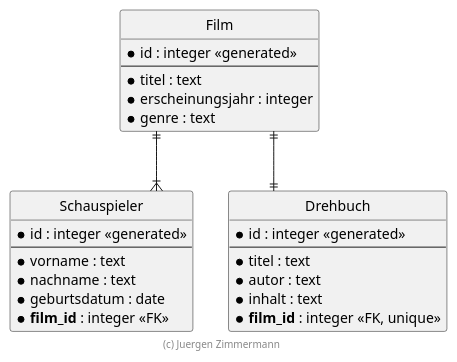
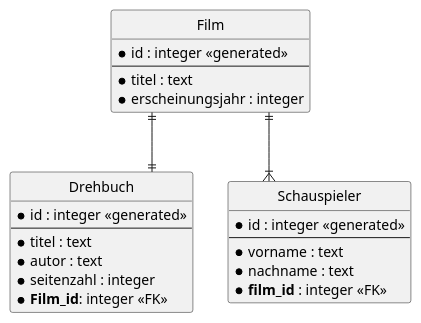
One commit to moritzbsnr/swe-gruppenarbeit changed the diagram in docs/diagramme/src/er-diagramm.plantuml. Above: the diagram before and after it, drawn with PlantUML. The commit also changed 4 other files, not shown here.

First line of the commit message:
UML und pyproject.toml

```diff
--- a/docs/diagramme/src/er-diagramm.plantuml
+++ b/docs/diagramme/src/er-diagramm.plantuml
@@ -18,37 +18,33 @@
 @startuml ER Diagramm
 
 hide circle
 skinparam linetype ortho
 
 entity "Film" {
   * id : integer <<generated>>
   --
   * titel : text
   * erscheinungsjahr : integer
-  * genre : text
+}
+
+entity "Drehbuch" {
+  * id : integer <<generated>>
+  --
+  * titel : text
+  * autor : text
+  * seitenzahl : integer
+  * **Film_id**: integer <<FK>>
 }
 
 entity "Schauspieler" {
   * id : integer <<generated>>
   --
   * vorname : text
   * nachname : text
-  * geburtsdatum : date
   * **film_id** : integer <<FK>>
-}
-
-entity "Drehbuch" {
-  * id : integer <<generated>>
-  --
-  * titel : text
-  * autor : text
-  * inhalt : text
-  * **film_id** : integer <<FK, unique>>
 }
 
 Film ||--|| Drehbuch
 Film ||--|{ Schauspieler
 
-footer (c) Juergen Zimmermann
-
 @enduml
```
